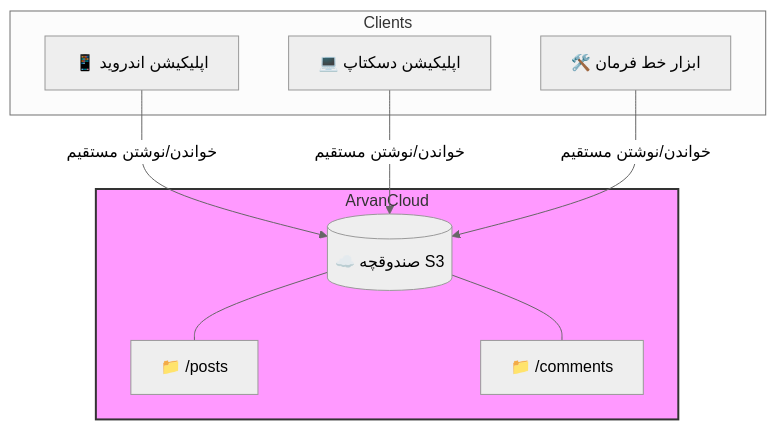
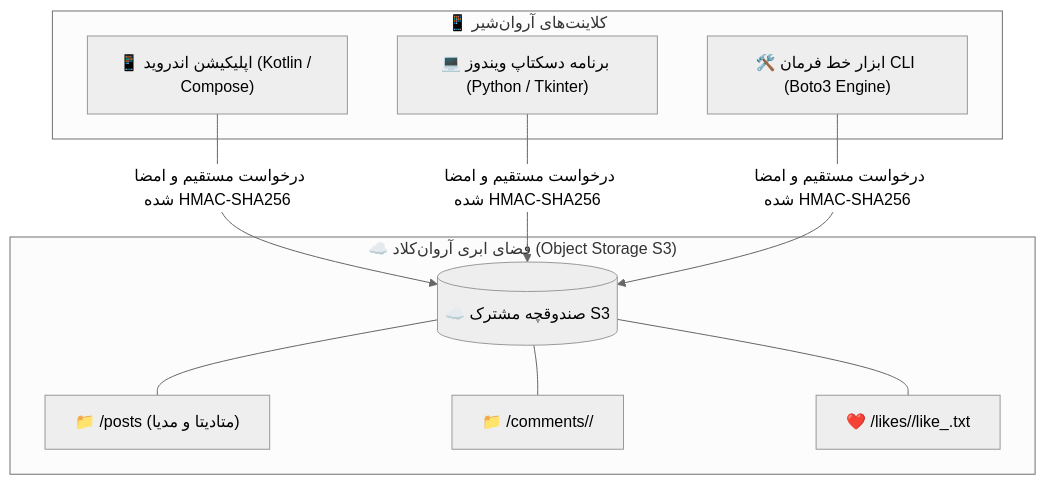
Before and after one commit to HasanMfar/arvanshare: the diagram in README-fa.md, drawn with Mermaid (neutral theme). The commit also changed other lines of this file and 11 other files, not shown here.

````diff
--- a/README-fa.md
+++ b/README-fa.md
@@ -56,23 +67,22 @@
 ```mermaid
 graph TD
-    subgraph Clients
-        A[📱 اپلیکیشن اندروید]
-        B[💻 اپلیکیشن دسکتاپ]
-        C[🛠️ ابزار خط فرمان]
+    subgraph Clients["📱 کلاینت‌های آروان‌شیر"]
+        A["📱 اپلیکیشن اندروید (Kotlin / Compose)"]
+        B["💻 برنامه دسکتاپ ویندوز (Python / Tkinter)"]
+        C["🛠️ ابزار خط فرمان CLI (Boto3 Engine)"]
     end
 
-    subgraph ArvanCloud
-        S3[(☁️ صندوقچه S3)]
-        P[📁 /posts]
-        C_DIR[📁 /comments]
+    subgraph ArvanCloud["☁️ فضای ابری آروان‌کلاد (Object Storage S3)"]
+        S3[("☁️ صندوقچه مشترک S3")]
+        P["📁 /posts (متادیتا و مدیا)"]
+        C_DIR["📁 /comments/<post_id>/"]
+        L_DIR["❤️ /likes/<post_id>/like_<user>.txt"]
         S3 --- P
         S3 --- C_DIR
+        S3 --- L_DIR
     end
 
-    A -->|خواندن/نوشتن مستقیم| S3
-    B -->|خواندن/نوشتن مستقیم| S3
-    C -->|خواندن/نوشتن مستقیم| S3
-
-    classDef cloud fill:#f9f,stroke:#333,stroke-width:2px;
-    class ArvanCloud cloud;
+    A -->|درخواست مستقیم و امضا شده HMAC-SHA256| S3
+    B -->|درخواست مستقیم و امضا شده HMAC-SHA256| S3
+    C -->|درخواست مستقیم و امضا شده HMAC-SHA256| S3
 ```
````
